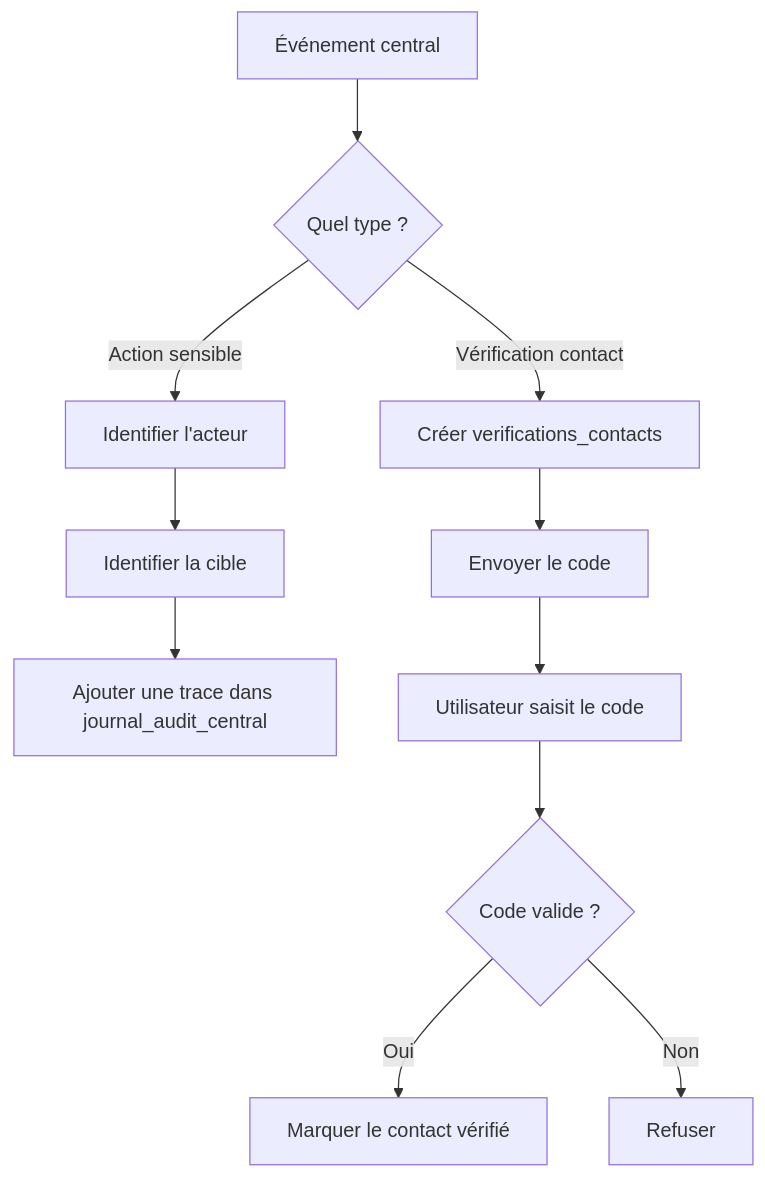
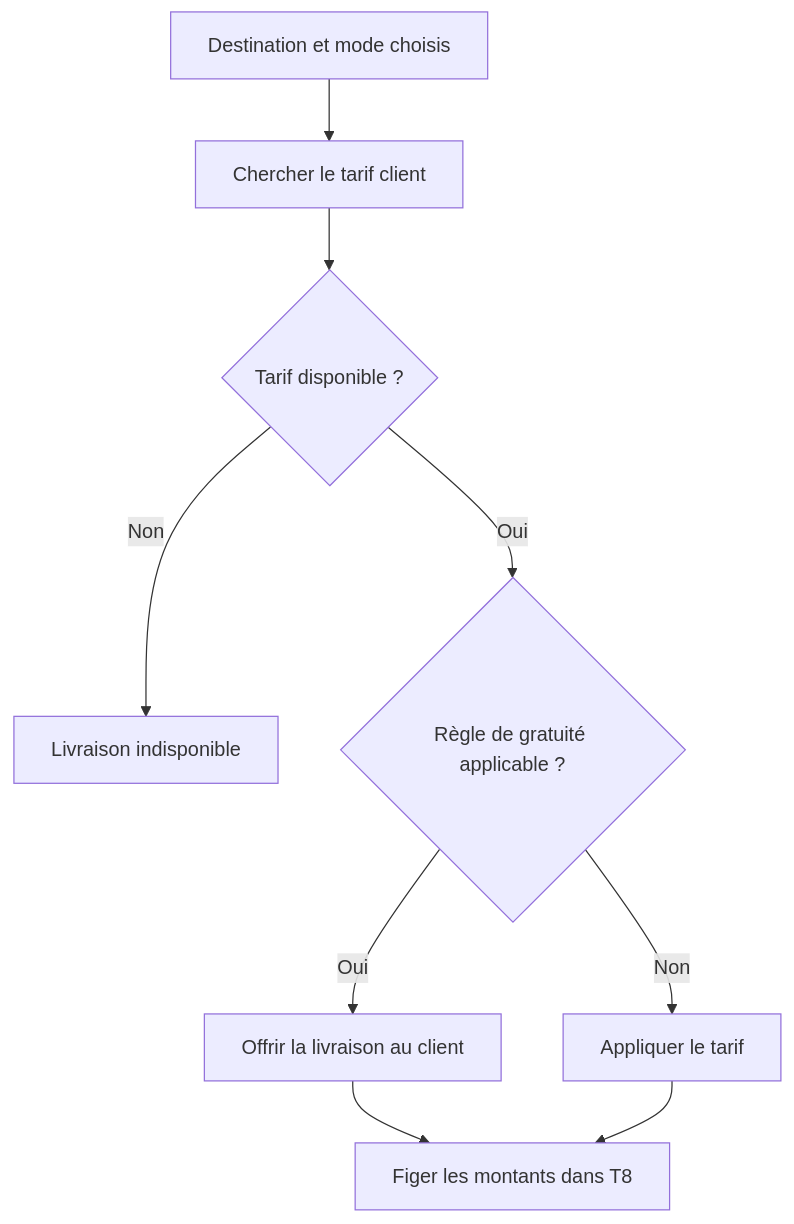
One commit to unitealfa/saas-ecom changed the tenth of 23 diagrams in BDD-centrale-C1-C14-explication-simple.md. Above: the diagram before and after it, drawn with Mermaid. The commit also changed other lines of this file, not shown here.

````diff
--- a/BDD-centrale-C1-C14-explication-simple.md
+++ b/BDD-centrale-C1-C14-explication-simple.md
@@ -421,15 +530,11 @@
 ```mermaid
 flowchart TD
-    A["Événement central"] --> B{"Quel type ?"}
-
-    B -->|Action sensible| C["Identifier l'acteur"]
-    C --> D["Identifier la cible"]
-    D --> E["Ajouter une trace dans journal_audit_central"]
-
-    B -->|Vérification contact| F["Créer verifications_contacts"]
-    F --> G["Envoyer le code"]
-    G --> H["Utilisateur saisit le code"]
-    H --> I{"Code valide ?"}
-    I -->|Oui| J["Marquer le contact vérifié"]
-    I -->|Non| K["Refuser"]
+    A["Destination et mode choisis"] --> B["Chercher le tarif client"]
+    B --> C{"Tarif disponible ?"}
+    C -->|Non| D["Livraison indisponible"]
+    C -->|Oui| E{"Règle de gratuité applicable ?"}
+    E -->|Oui| F["Offrir la livraison au client"]
+    E -->|Non| G["Appliquer le tarif"]
+    F --> H["Figer les montants dans T8"]
+    G --> H
 ```
````
